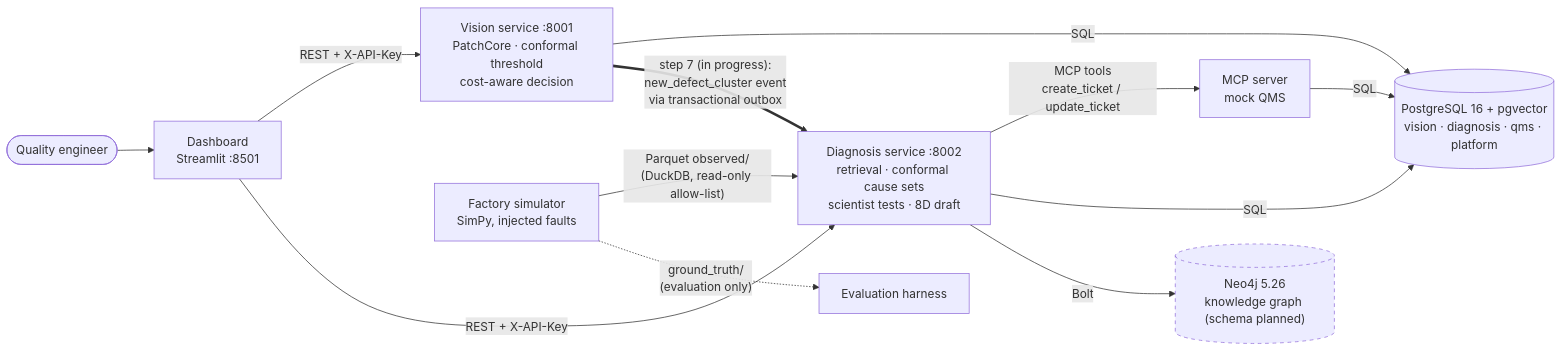
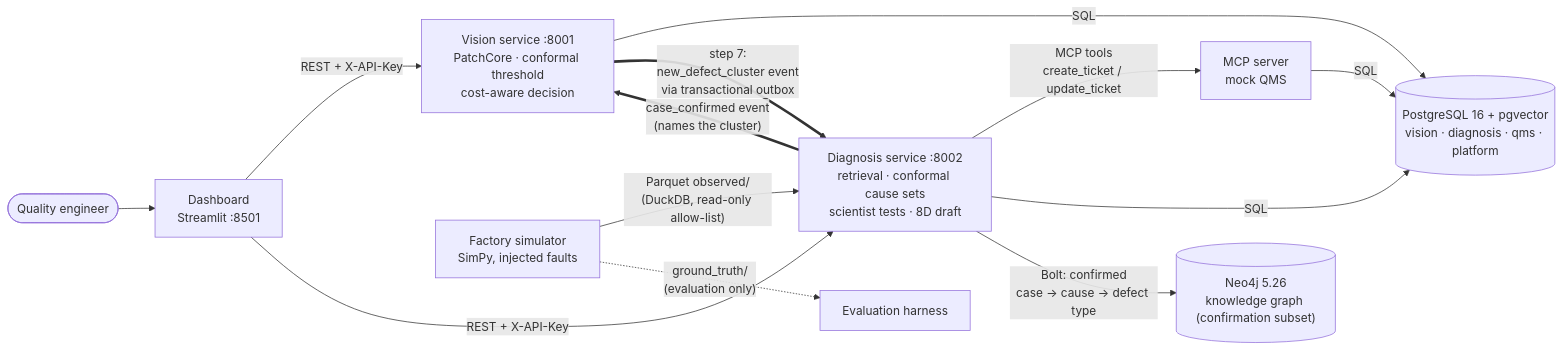
Before and after one commit to preethi834/industrial-quality-system: the diagram in README.md, drawn with Mermaid. The commit also changed other lines of this file and 1 other file, not shown here.

Commit message:
docs(step-7): README status, roadmap, diagram, e2e result, #46 limitation

````diff
--- a/README.md
+++ b/README.md
@@ -19,20 +20,18 @@
 ```mermaid
 flowchart LR
     eng([Quality engineer]) --> dash["Dashboard<br/>Streamlit :8501"]
     dash -- "REST + X-API-Key" --> vis["Vision service :8001<br/>PatchCore · conformal threshold<br/>cost-aware decision"]
     dash -- "REST + X-API-Key" --> dx["Diagnosis service :8002<br/>retrieval · conformal cause sets<br/>scientist tests · 8D draft"]
 
     sim["Factory simulator<br/>SimPy, injected faults"] -- "Parquet observed/<br/>(DuckDB, read-only allow-list)" --> dx
     sim -. "ground_truth/<br/>(evaluation only)" .-> evalm["Evaluation harness"]
 
     dx -- "MCP tools<br/>create_ticket / update_ticket" --> mcp["MCP server<br/>mock QMS"]
     vis -- SQL --> pg[("PostgreSQL 16 + pgvector<br/>vision · diagnosis · qms · platform")]
     dx -- SQL --> pg
     mcp -- SQL --> pg
-    dx -- Bolt --> neo[("Neo4j 5.26<br/>knowledge graph (schema planned)")]
+    dx -- "Bolt: confirmed<br/>case → cause → defect type" --> neo[("Neo4j 5.26<br/>knowledge graph (confirmation subset)")]
 
-    vis == "step 7 (in progress):<br/>new_defect_cluster event<br/>via transactional outbox" ==> dx
-
-    classDef planned stroke-dasharray: 5 5;
-    class neo planned;
+    vis == "step 7:<br/>new_defect_cluster event<br/>via transactional outbox" ==> dx
+    dx == "case_confirmed event<br/>(names the cluster)" ==> vis
 ```
````
